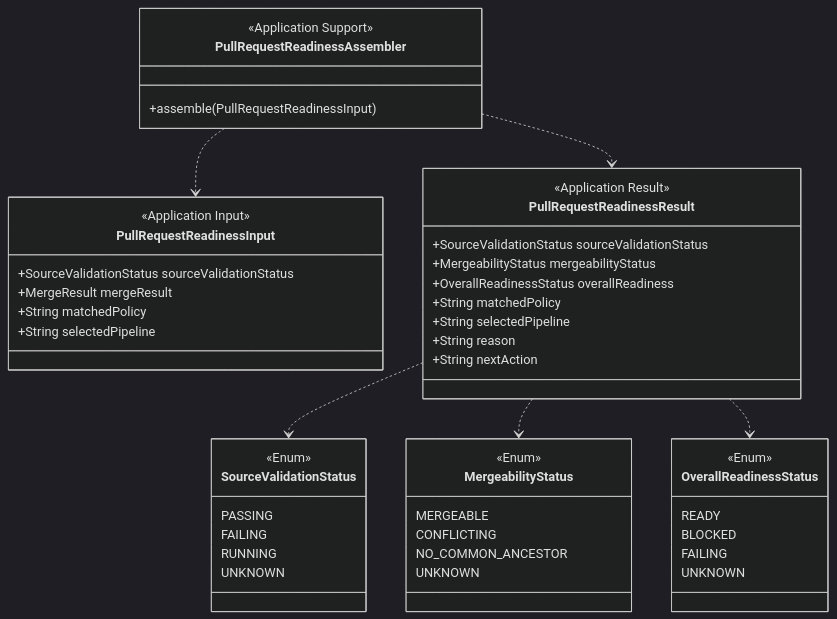
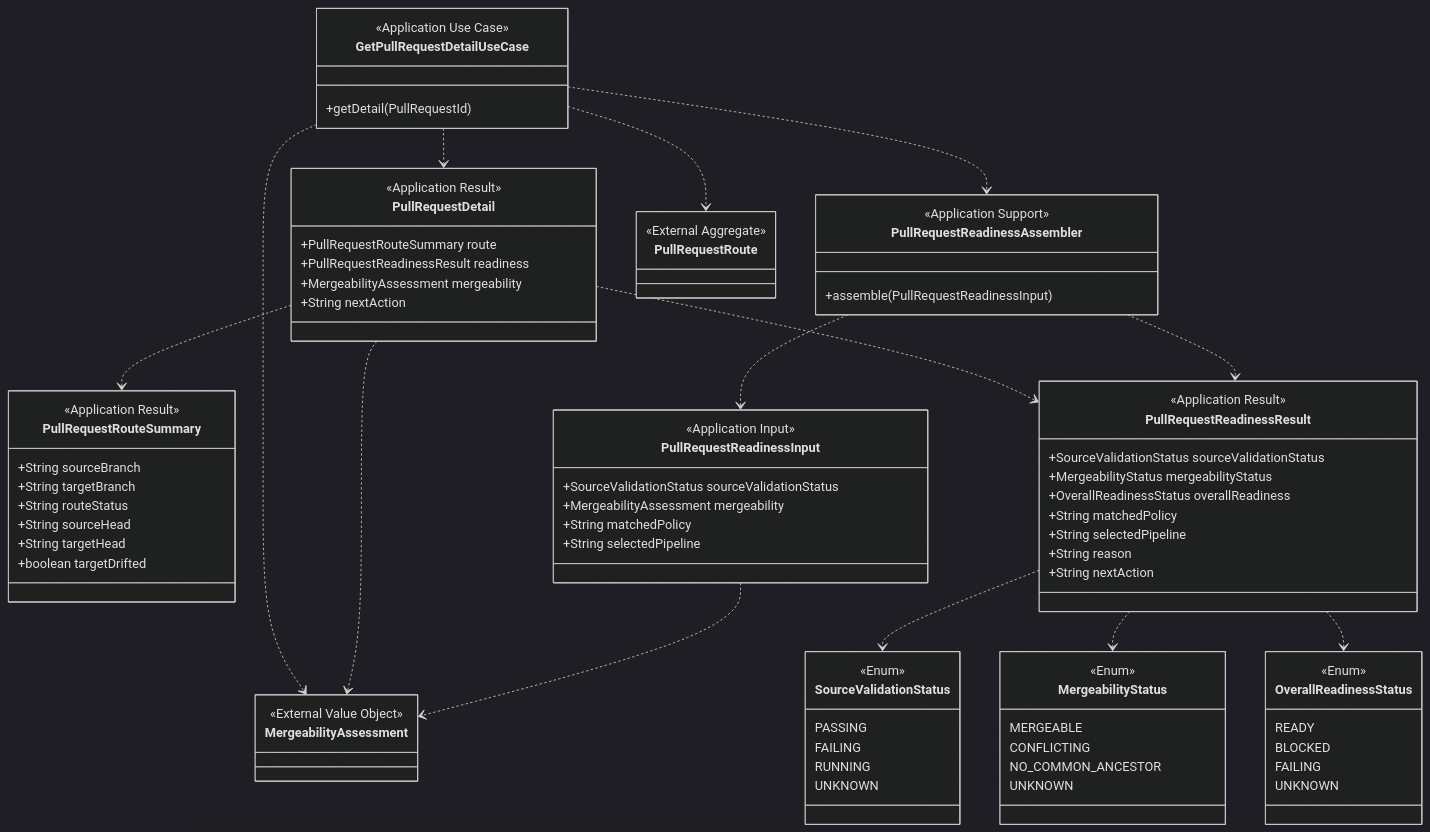
Before and after one commit to jgitkins/jgitkins: the diagram in docs/modeling/domain/pull-request-readiness-context.md, drawn with Mermaid (dark theme). The commit also changed other lines of this file and 17 other files, not shown here.

Commit message:
refactor: 2.14 [server] introduce change graph mergeability assessment

````diff
--- a/docs/modeling/domain/pull-request-readiness-context.md
+++ b/docs/modeling/domain/pull-request-readiness-context.md
@@ -83,9 +116,32 @@
 ```mermaid
 classDiagram
+    class GetPullRequestDetailUseCase {
+        <<Application Use Case>>
+        +getDetail(PullRequestId)
+    }
+
+    class PullRequestDetail {
+        <<Application Result>>
+        +PullRequestRouteSummary route
+        +PullRequestReadinessResult readiness
+        +MergeabilityAssessment mergeability
+        +String nextAction
+    }
+
+    class PullRequestRouteSummary {
+        <<Application Result>>
+        +String sourceBranch
+        +String targetBranch
+        +String routeStatus
+        +String sourceHead
+        +String targetHead
+        +boolean targetDrifted
+    }
+
     class PullRequestReadinessInput {
         <<Application Input>>
         +SourceValidationStatus sourceValidationStatus
-        +MergeResult mergeResult
+        +MergeabilityAssessment mergeability
         +String matchedPolicy
         +String selectedPipeline
     }
@@ -104,6 +160,14 @@
     class PullRequestReadinessAssembler {
         <<Application Support>>
         +assemble(PullRequestReadinessInput)
+    }
+
+    class PullRequestRoute {
+        <<External Aggregate>>
+    }
+
+    class MergeabilityAssessment {
+        <<External Value Object>>
     }
 
     class SourceValidationStatus {
@@ -130,6 +194,14 @@
         UNKNOWN
     }
 
+    GetPullRequestDetailUseCase ..> PullRequestRoute
+    GetPullRequestDetailUseCase ..> MergeabilityAssessment
+    GetPullRequestDetailUseCase ..> PullRequestReadinessAssembler
+    GetPullRequestDetailUseCase ..> PullRequestDetail
+    PullRequestDetail ..> PullRequestRouteSummary
+    PullRequestDetail ..> PullRequestReadinessResult
+    PullRequestDetail ..> MergeabilityAssessment
+    PullRequestReadinessInput ..> MergeabilityAssessment
     PullRequestReadinessAssembler ..> PullRequestReadinessInput
     PullRequestReadinessAssembler ..> PullRequestReadinessResult
     PullRequestReadinessResult ..> SourceValidationStatus
````
